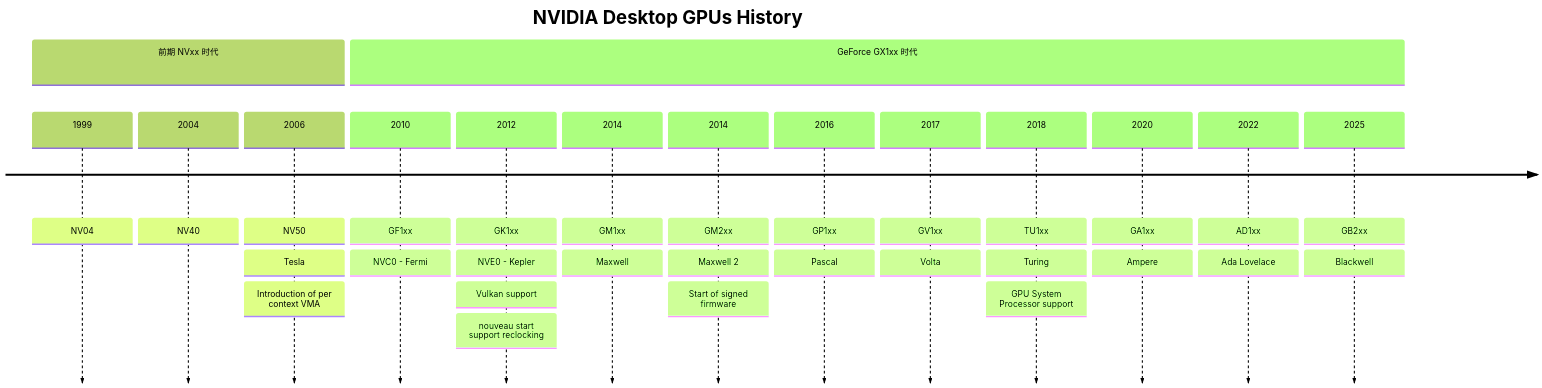
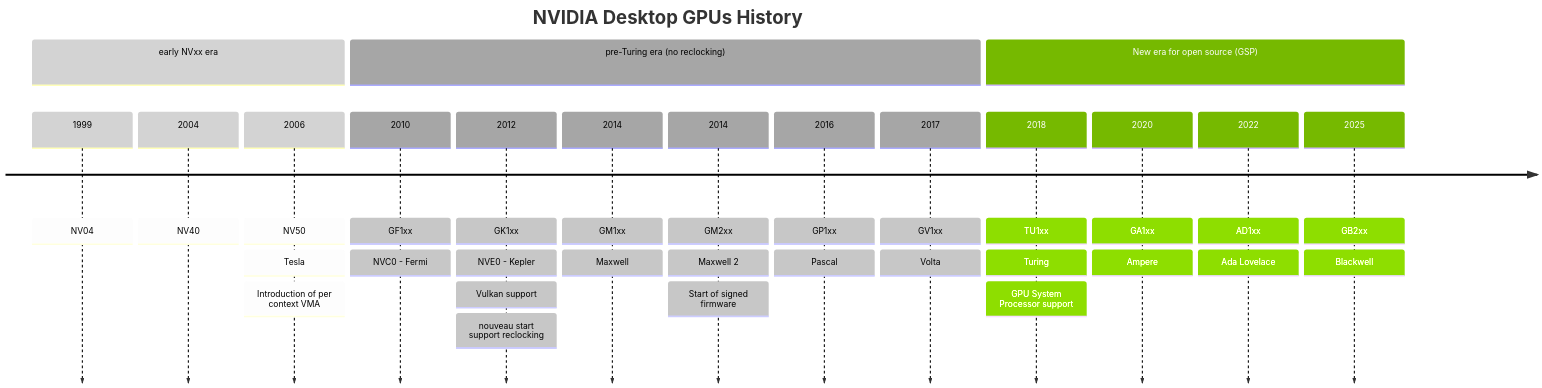
The diagram in source/_posts/lnx/nouveau.md (lucmann/lucmann.github.io), drawn with Mermaid before and after one commit.

Commit message:
linux: nouveau: customize mermaid timeline theme colors

````diff
--- a/source/_posts/lnx/nouveau.md
+++ b/source/_posts/lnx/nouveau.md
@@ -8,23 +8,31 @@
 ```mermaid
 ---
 config:
-    theme: 'forest'
+    theme: 'default'
+    themeVariables:
+        cScale0: '#d3d3d3'
+        cScaleLabel0: '#000000'
+        cScale1: '#a6a6a6'
+        cScaleLabel1: '#000000'
+        cScale2: '#76b900'
+        cScaleLabel2: '#ffffff'
 ---
 timeline
     title NVIDIA Desktop GPUs History
-    section 前期 NVxx 时代
+    section early NVxx era
         1999 : NV04
         2004 : NV40
         2006 : NV50 : Tesla : Introduction of per context VMA
-    section GeForce GX1xx 时代
+    section pre-Turing era (no reclocking)
         2010 : GF1xx : NVC0 - Fermi
         2012 : GK1xx : NVE0 - Kepler : Vulkan support : nouveau start support reclocking
         2014 : GM1xx : Maxwell
         2014 : GM2xx : Maxwell 2 : Start of signed firmware
         2016 : GP1xx : Pascal
         2017 : GV1xx : Volta
+    section New era for open source (GSP)
         2018 : TU1xx : Turing : GPU System Processor support
         2020 : GA1xx : Ampere
         2022 : AD1xx : Ada Lovelace
         2025 : GB2xx : Blackwell
 ```
````
